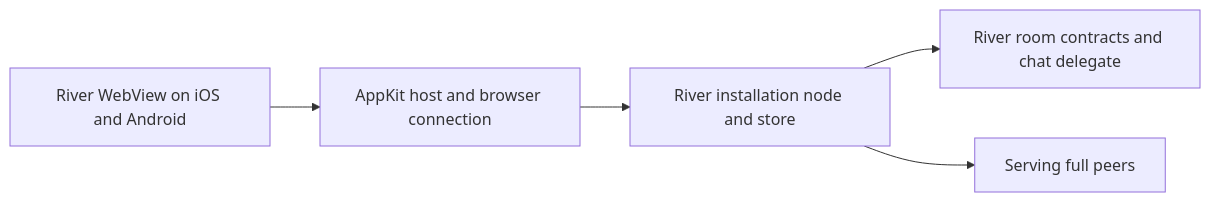
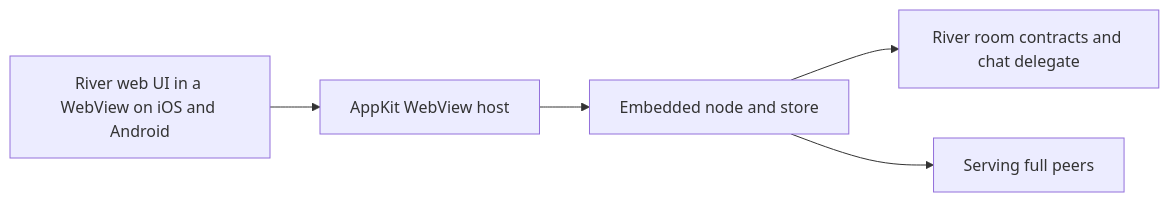
One commit to EVY-Platform/evy-freenet-plans changed the first of 2 diagrams in README.md. Above: the diagram before and after it, drawn with Mermaid. The commit also changed other lines of this file and 34 other files, not shown here.

````diff
--- a/README.md
+++ b/README.md
@@ -27,7 +25,7 @@
 ```mermaid
 flowchart LR
-    River[River WebView on iOS and Android] --> Host[AppKit host and browser connection]
-    Host --> Node[River installation node and store]
+    River[River web UI in a WebView on iOS and Android] --> Host[AppKit WebView host]
+    Host --> Node[Embedded node and store]
     Node --> Data[River room contracts and chat delegate]
     Node --> Full[Serving full peers]
 ```
````
